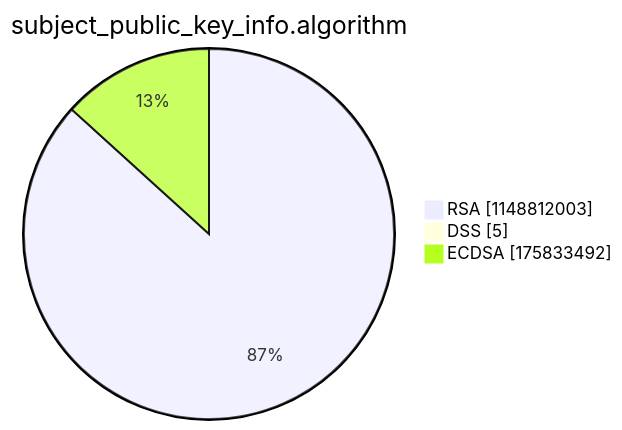
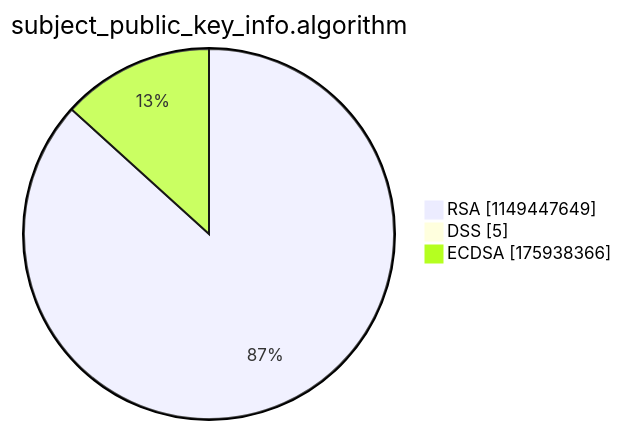
One commit to christiankrug/ctmonitor_visualization changed the third of 15 diagrams in argon2022/README.md. Above: the diagram before and after it, drawn with Mermaid. The commit also changed other lines of this file, not shown here.

````diff
--- a/argon2022/README.md
+++ b/argon2022/README.md
@@ -14,7 +14,7 @@
 ```mermaid
 pie showData
 title subject_public_key_info.algorithm
-"RSA" :1148812003
+"RSA" :1149447649
 "DSS" :5
-"ECDSA" :175833492
+"ECDSA" :175938366
 ```
````
